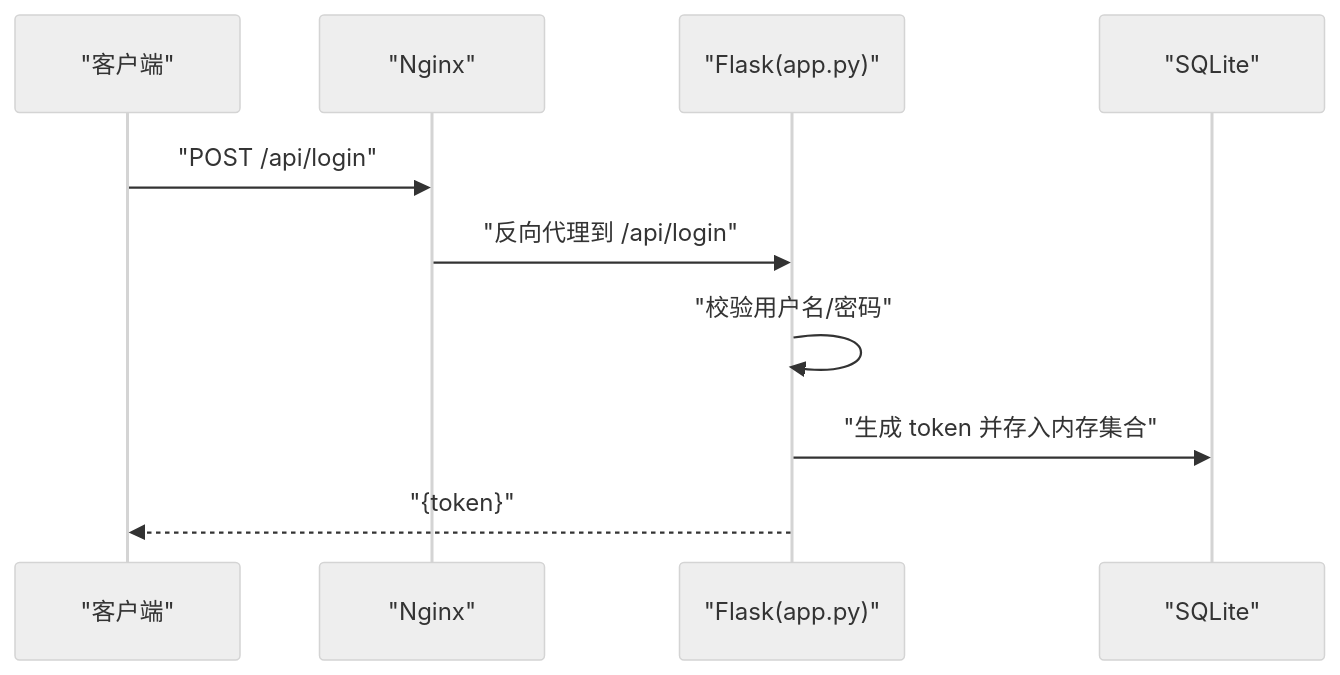
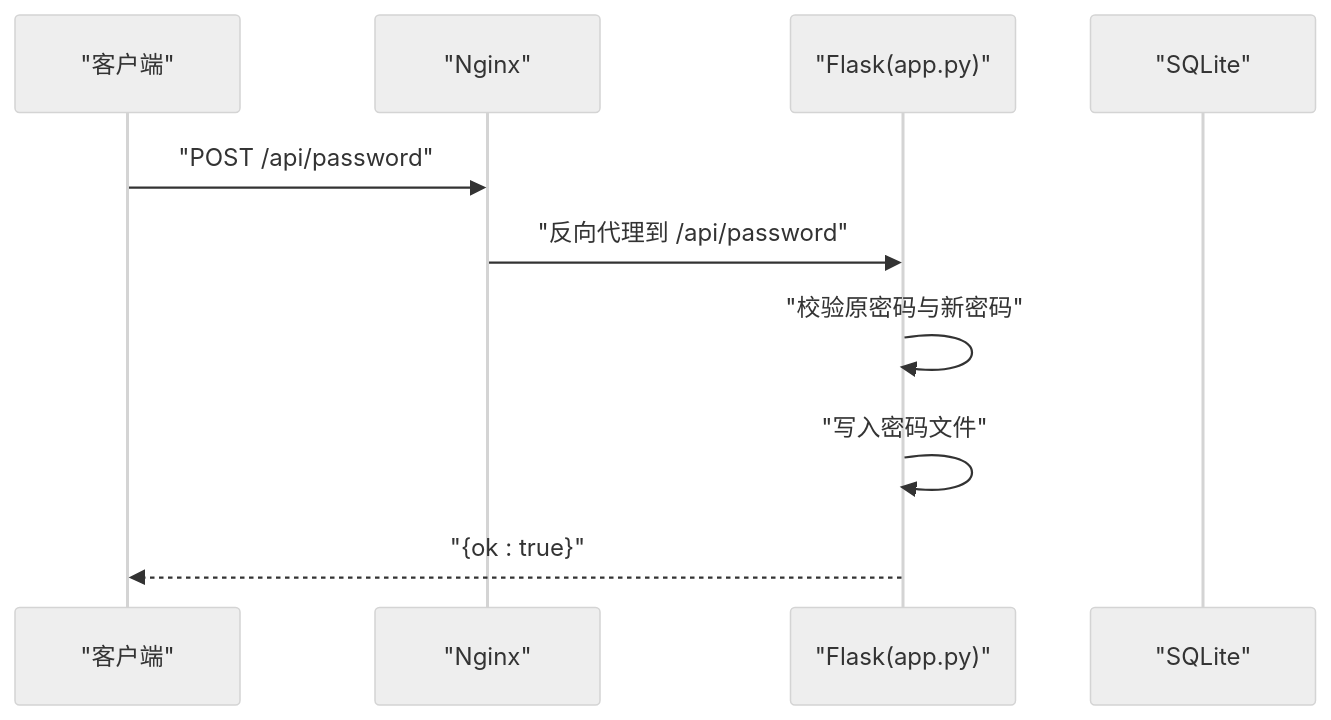
Before and after one commit to louyinmin/recorded: the third of 5 diagrams in .qoder/repowiki/zh/content/开发指南.md, drawn with Mermaid (neutral theme). The commit also changed other lines of this file and 6 other files, not shown here.

````diff
--- a/.qoder/repowiki/zh/content/开发指南.md
+++ b/.qoder/repowiki/zh/content/开发指南.md
@@ -170,12 +191,12 @@
 ```mermaid
 sequenceDiagram
 participant C as "客户端"
 participant N as "Nginx"
 participant F as "Flask(app.py)"
 participant D as "SQLite"
-C->>N : "POST /api/login"
-N->>F : "反向代理到 /api/login"
-F->>F : "校验用户名/密码"
-F->>D : "生成 token 并存入内存集合"
-F-->>C : "{token}"
+C->>N : "POST /api/password"
+N->>F : "反向代理到 /api/password"
+F->>F : "校验原密码与新密码"
+F->>F : "写入密码文件"
+F-->>C : "{ok : true}"
 ```
````
